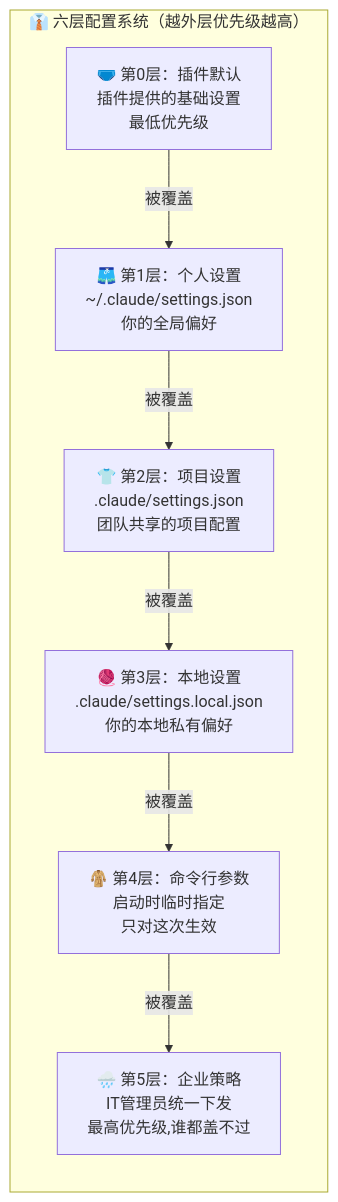
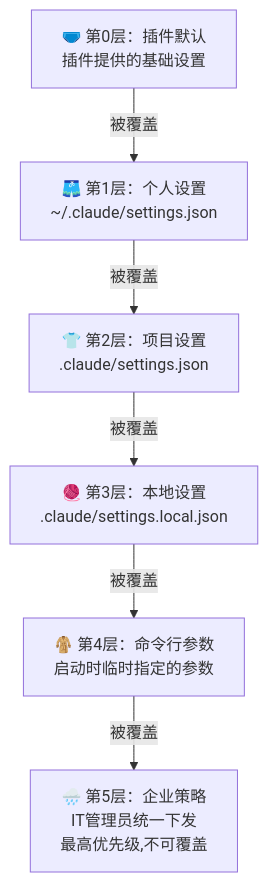
Diagram 19 of 25 in docs/architecture/00-visual-guide-complete.md (WSbaikaishui/claude-code-source-code), drawn with Mermaid before and after one commit. The commit also changed other lines of this file and 73 other files, not shown here.

First line of the commit message:
Fix all Mermaid diagrams: restore semantics + fix dimensions

````diff
--- a/docs/architecture/00-visual-guide-complete.md
+++ b/docs/architecture/00-visual-guide-complete.md
@@ -578,17 +525,12 @@
 ```mermaid
-graph BT
-    subgraph CONFIG_SYS["👔 六层配置系统（越外层优先级越高）"]
-        CL0["🩲 第0层：插件默认<br/>插件提供的基础设置<br/>最低优先级"]
-        CL1["🩳 第1层：个人设置<br/>~/.claude/settings.json<br/>你的全局偏好"]
-        CL2["👕 第2层：项目设置<br/>.claude/settings.json<br/>团队共享的项目配置"]
-        CL3["🧶 第3层：本地设置<br/>.claude/settings.local.json<br/>你的本地私有偏好"]
-        CL4["🧥 第4层：命令行参数<br/>启动时临时指定<br/>只对这次生效"]
-        CL5["🌧️ 第5层：企业策略<br/>IT管理员统一下发<br/>最高优先级,谁都盖不过"]
-
-        CL0 -->|"被覆盖"| CL1
-        CL1 -->|"被覆盖"| CL2
-        CL2 -->|"被覆盖"| CL3
-        CL3 -->|"被覆盖"| CL4
-        CL4 -->|"被覆盖"| CL5
-    end
+graph TD
+    CL0["🩲 第0层：插件默认<br/>插件提供的基础设置"]
+    CL1["🩳 第1层：个人设置<br/>~/.claude/settings.json"]
+    CL2["👕 第2层：项目设置<br/>.claude/settings.json"]
+    CL3["🧶 第3层：本地设置<br/>.claude/settings.local.json"]
+    CL4["🧥 第4层：命令行参数<br/>启动时临时指定的参数"]
+    CL5["🌧️ 第5层：企业策略<br/>IT管理员统一下发<br/>最高优先级,不可覆盖"]
+    CL0 -->|"被覆盖"| CL1 -->|"被覆盖"| CL2
+    CL2 -->|"被覆盖"| CL3 -->|"被覆盖"| CL4
+    CL4 -->|"被覆盖"| CL5
 ```
````
